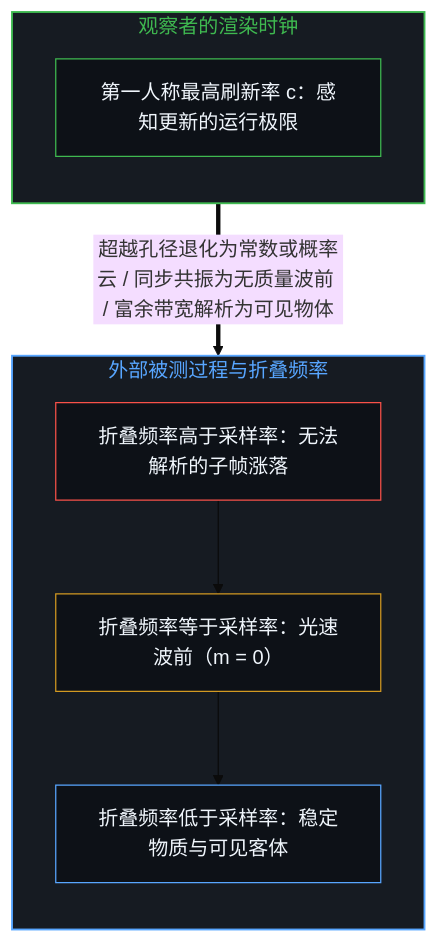
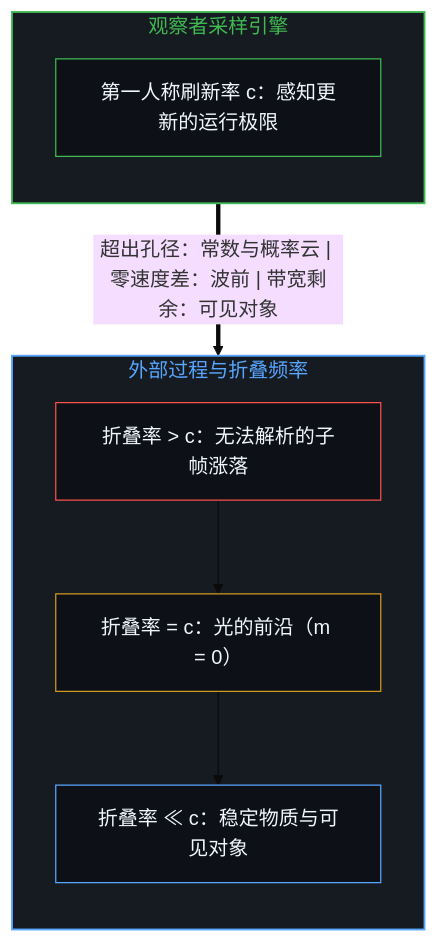
One commit to powerpig99/not-a-toe changed the third of 10 diagrams in content/posts/the-velocity-of-visibility.md. Above: the diagram before and after it, drawn with Mermaid (base theme). The commit also changed other lines of this file and 7 other files, not shown here.

````diff
--- a/content/posts/the-velocity-of-visibility.md
+++ b/content/posts/the-velocity-of-visibility.md
@@ -73,24 +69,21 @@
 ```mermaid
 flowchart TD
-    subgraph S_Observer["观察者的渲染时钟"]
+    subgraph S_Observer["观察者采样引擎"]
         direction TB
-        SamplingRate["第一人称最高刷新率 c：感知更新的运行极限"]
+        SamplingRate["第一人称刷新率 c：感知更新的运行极限"]
     end
-
-    subgraph S_External["外部被测过程与折叠频率"]
+    subgraph S_External["外部过程与折叠频率"]
         direction TB
-        FasterThanC["折叠频率高于采样率：无法解析的子帧涨落"]
-        EqualC["折叠频率等于采样率：光速波前（m = 0）"]
-        SlowerThanC["折叠频率低于采样率：稳定物质与可见客体"]
+        FasterThanC["折叠率 > c：无法解析的子帧涨落"]
+        EqualC["折叠率 = c：光的前沿（m = 0）"]
+        SlowerThanC["折叠率 ≪ c：稳定物质与可见对象"]
         FasterThanC --> EqualC --> SlowerThanC
     end
-
-    SamplingRate ==>|"超越孔径退化为常数或概率云 / 同步共振为无质量波前 / 富余带宽解析为可见物体"| FasterThanC
-
+    SamplingRate ==>|"超出孔径：常数与概率云 | 零速度差：波前 | 带宽剩余：可见对象"| FasterThanC
     style S_Observer fill:#161b22,stroke:#3fb950,stroke-width:1.5px,color:#3fb950
     style S_External fill:#161b22,stroke:#58a6ff,stroke-width:1.5px,color:#58a6ff
     style SamplingRate fill:#0d1117,stroke:#3fb950,stroke-width:1px,color:#f0f6fc
     style FasterThanC fill:#0d1117,stroke:#f85149,stroke-width:1px,color:#f0f6fc
     style EqualC fill:#0d1117,stroke:#d29922,stroke-width:1px,color:#f0f6fc
     style SlowerThanC fill:#0d1117,stroke:#58a6ff,stroke-width:1px,color:#f0f6fc
 ```
````
